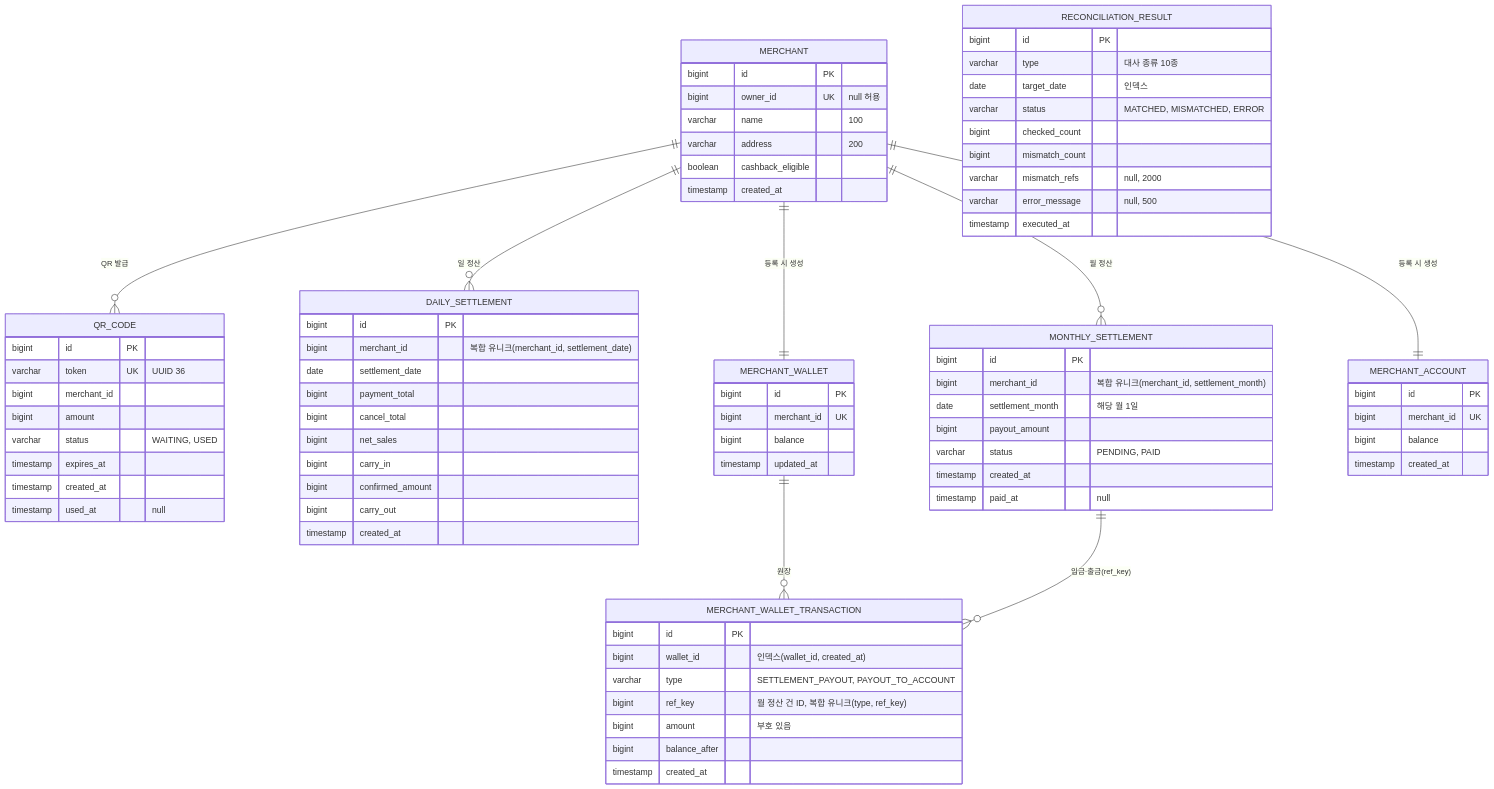
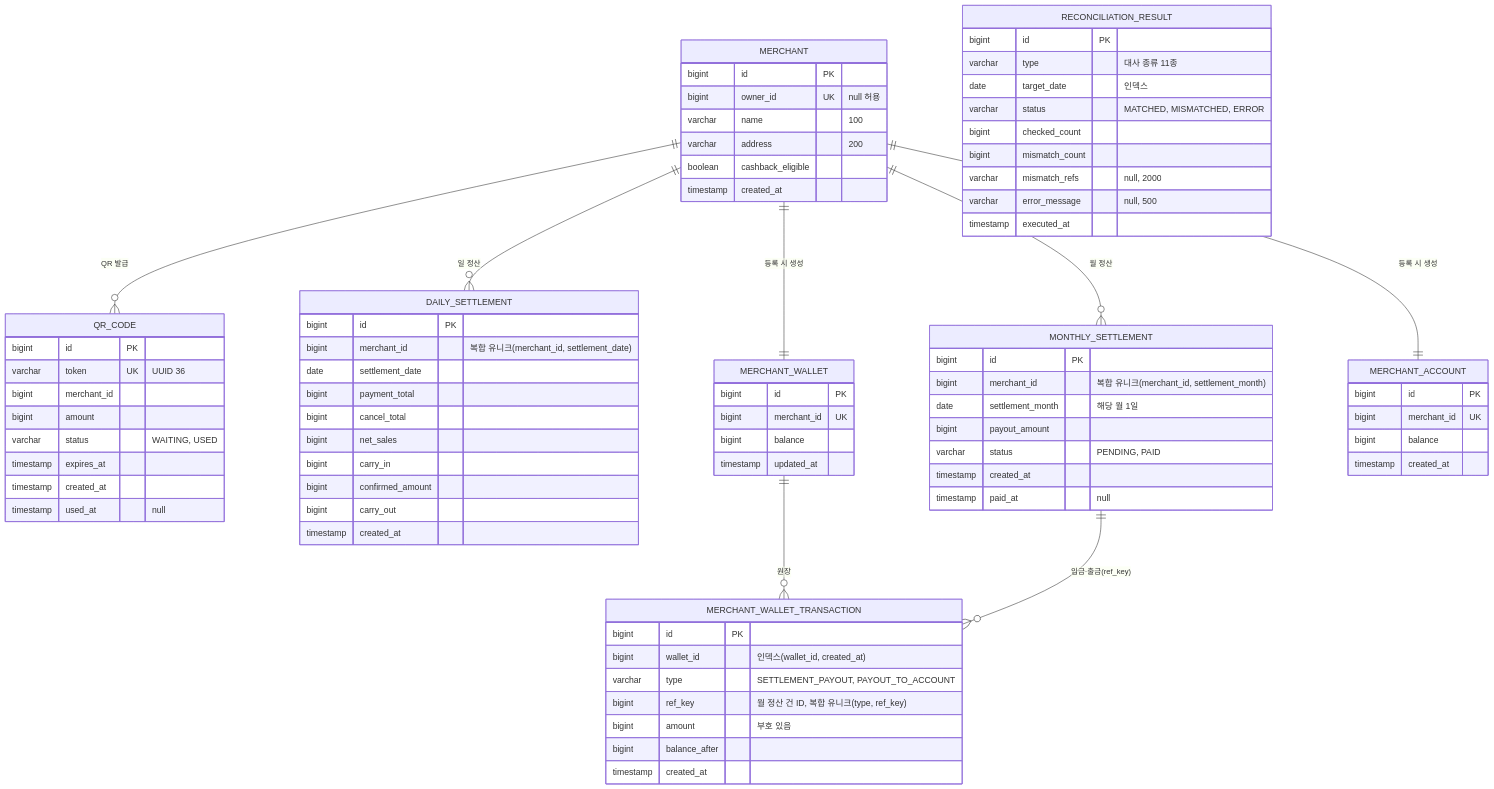
Before and after one commit to prgrms-be-devcourse/NBE12-14-final-HOT6: the diagram in docs/plan/merchant-kj-1118.md, drawn with Mermaid. The commit also changed other lines of this file and 19 other files, not shown here.

````diff
--- a/docs/plan/merchant-kj-1118.md
+++ b/docs/plan/merchant-kj-1118.md
@@ -237,82 +237,82 @@
 ```mermaid
 erDiagram
   MERCHANT ||--o{ QR_CODE : "QR 발급"
   MERCHANT ||--o{ DAILY_SETTLEMENT : "일 정산"
   MERCHANT ||--o{ MONTHLY_SETTLEMENT : "월 정산"
   MERCHANT ||--|| MERCHANT_WALLET : "등록 시 생성"
   MERCHANT ||--|| MERCHANT_ACCOUNT : "등록 시 생성"
   MERCHANT_WALLET ||--o{ MERCHANT_WALLET_TRANSACTION : "원장"
   MONTHLY_SETTLEMENT ||--o{ MERCHANT_WALLET_TRANSACTION : "입금·출금(ref_key)"
 
   MERCHANT {
     bigint id PK
     bigint owner_id UK "null 허용"
     varchar name "100"
     varchar address "200"
     boolean cashback_eligible
     timestamp created_at
   }
   QR_CODE {
     bigint id PK
     varchar token UK "UUID 36"
     bigint merchant_id
     bigint amount
     varchar status "WAITING, USED"
     timestamp expires_at
     timestamp created_at
     timestamp used_at "null"
   }
   DAILY_SETTLEMENT {
     bigint id PK
     bigint merchant_id "복합 유니크(merchant_id, settlement_date)"
     date settlement_date
     bigint payment_total
     bigint cancel_total
     bigint net_sales
     bigint carry_in
     bigint confirmed_amount
     bigint carry_out
     timestamp created_at
   }
   MONTHLY_SETTLEMENT {
     bigint id PK
     bigint merchant_id "복합 유니크(merchant_id, settlement_month)"
     date settlement_month "해당 월 1일"
     bigint payout_amount
     varchar status "PENDING, PAID"
     timestamp created_at
     timestamp paid_at "null"
   }
   MERCHANT_WALLET {
     bigint id PK
     bigint merchant_id UK
     bigint balance
     timestamp updated_at
   }
   MERCHANT_WALLET_TRANSACTION {
     bigint id PK
     bigint wallet_id "인덱스(wallet_id, created_at)"
     varchar type "SETTLEMENT_PAYOUT, PAYOUT_TO_ACCOUNT"
     bigint ref_key "월 정산 건 ID, 복합 유니크(type, ref_key)"
     bigint amount "부호 있음"
     bigint balance_after
     timestamp created_at
   }
   MERCHANT_ACCOUNT {
     bigint id PK
     bigint merchant_id UK
     bigint balance
     timestamp created_at
   }
   RECONCILIATION_RESULT {
     bigint id PK
-    varchar type "대사 종류 10종"
+    varchar type "대사 종류 11종"
     date target_date "인덱스"
     varchar status "MATCHED, MISMATCHED, ERROR"
     bigint checked_count
     bigint mismatch_count
     varchar mismatch_refs "null, 2000"
     varchar error_message "null, 500"
     timestamp executed_at
   }
 ```
````
